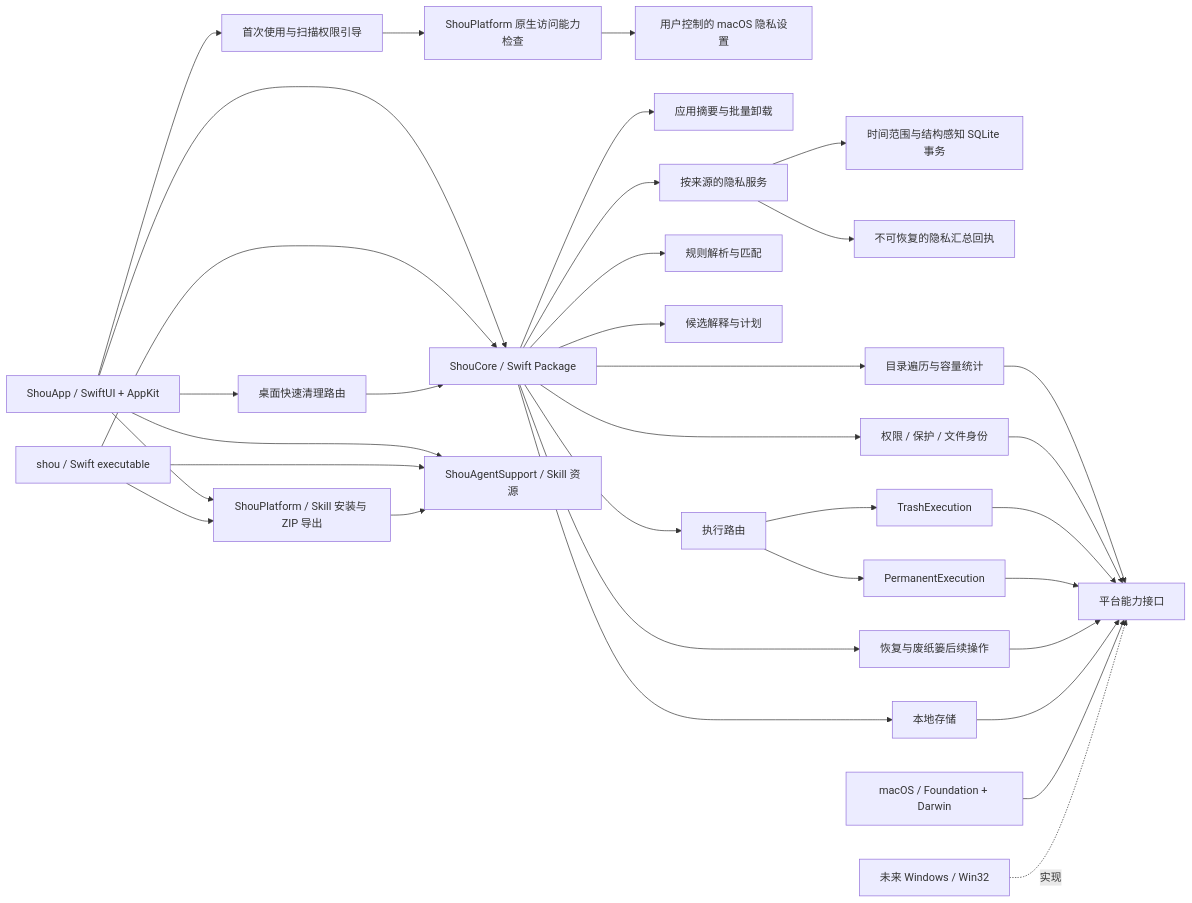
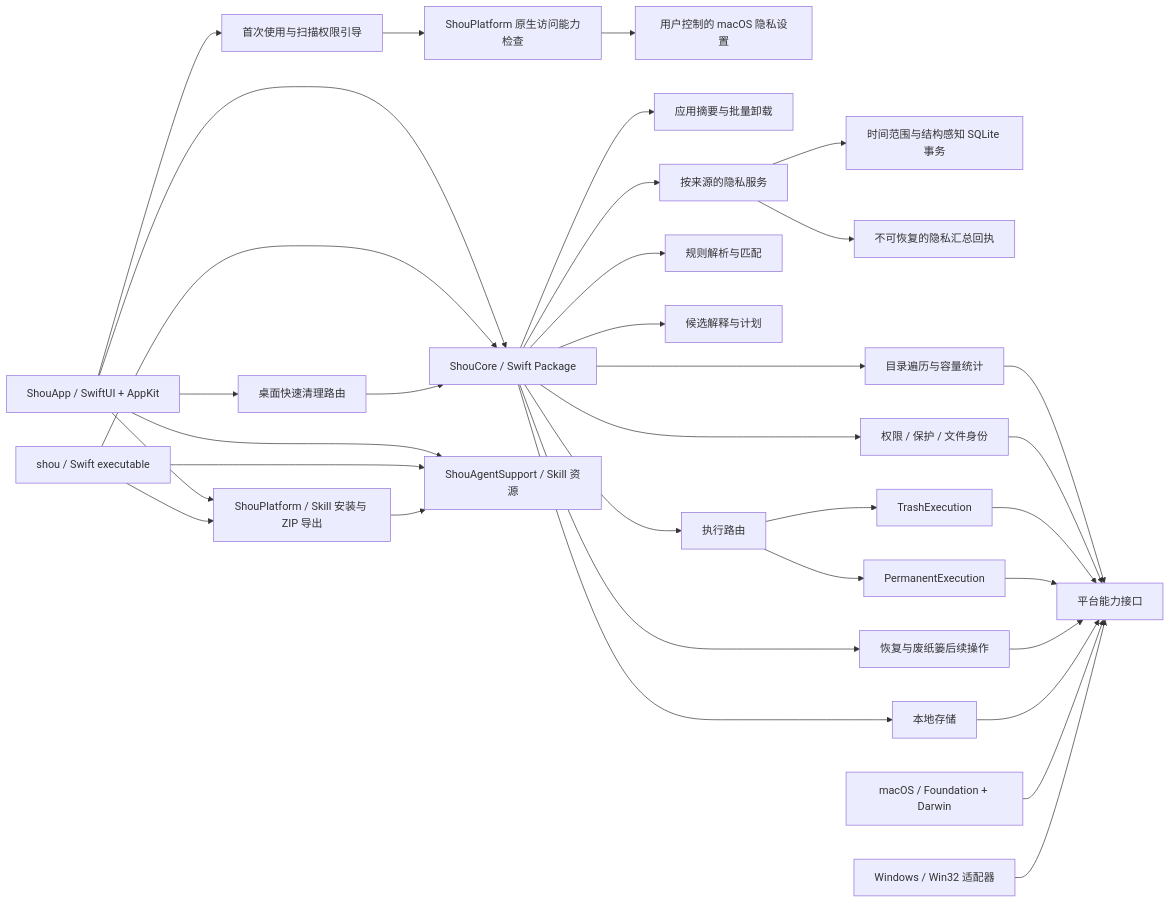
One commit to limecloud/shou changed the second of 7 diagrams in docs/zh-CN/architecture/system-design.md. Above: the diagram before and after it, drawn with Mermaid. The commit also changed other lines of this file and 86 other files, not shown here.

````diff
--- a/docs/zh-CN/architecture/system-design.md
+++ b/docs/zh-CN/architecture/system-design.md
@@ -49,36 +49,36 @@
 ```mermaid
 flowchart LR
     Setup[首次使用与扫描权限引导] --> Access[ShouPlatform 原生访问能力检查]
     Access --> Privacy[用户控制的 macOS 隐私设置]
     App[ShouApp / SwiftUI + AppKit] --> Core[ShouCore / Swift Package]
     App --> Setup
     App --> AgentSupport[ShouAgentSupport / Skill 资源]
     CLI --> AgentSupport
     App --> SkillInstall[ShouPlatform / Skill 安装与 ZIP 导出]
     CLI --> SkillInstall
     SkillInstall --> AgentSupport
     CLI[shou / Swift executable] --> Core
     App --> Quick[桌面快速清理路由]
     Quick --> Core
     Core --> Uninstall[应用摘要与批量卸载]
     Core --> PrivacyService[按来源的隐私服务]
     PrivacyService --> SQLite[时间范围与结构感知 SQLite 事务]
     PrivacyService --> PrivacyReceipts[不可恢复的隐私汇总回执]
     Core --> Rules[规则解析与匹配]
     Core --> Scanner[目录遍历与容量统计]
     Core --> Planner[候选解释与计划]
     Core --> Safety[权限 / 保护 / 文件身份]
     Core --> Router[执行路由]
     Router --> TrashExec[TrashExecution]
     Router --> PurgeExec[PermanentExecution]
     Core --> FollowUp[恢复与废纸篓后续操作]
     Core --> Persistence[本地存储]
     Scanner --> Platform[平台能力接口]
     Safety --> Platform
     TrashExec --> Platform
     PurgeExec --> Platform
     FollowUp --> Platform
     Persistence --> Platform
     Mac[macOS / Foundation + Darwin] --> Platform
-    Win[未来 Windows / Win32] -.实现.-> Platform
+    Win[Windows / Win32 适配器] --> Platform
 ```
````
